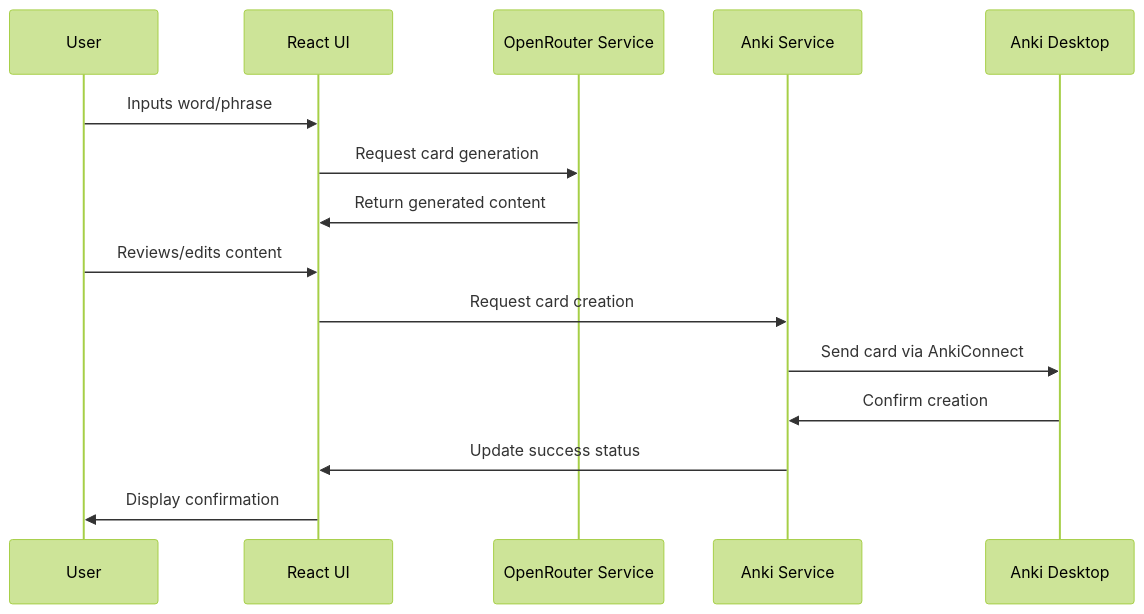
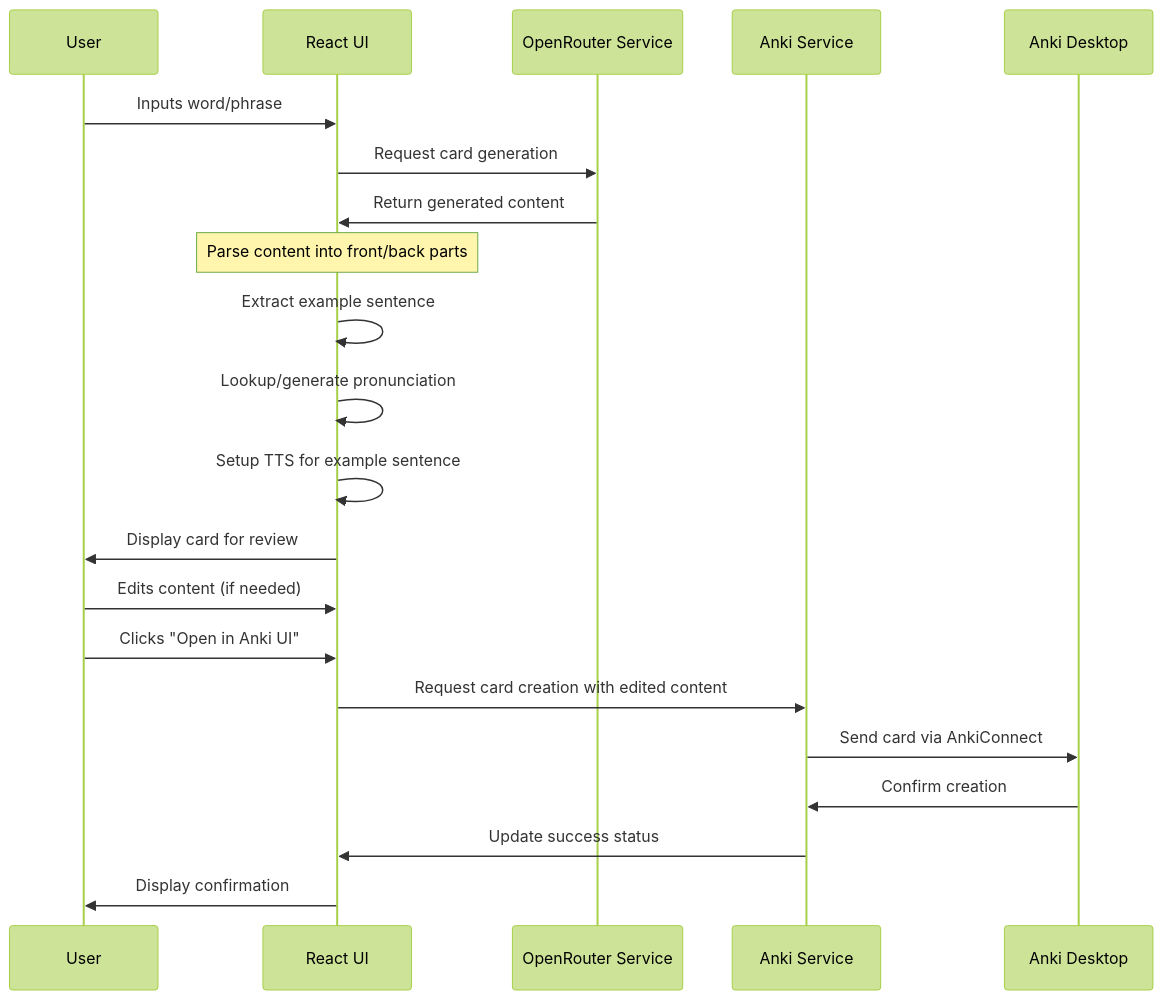
The first of 3 diagrams in memory-bank/systemPatterns.md (SparkCode/anki-card-generator), drawn with Mermaid (forest theme) before and after one commit. The commit also changed other lines of this file and 5 other files, not shown here.

````diff
--- a/memory-bank/systemPatterns.md
+++ b/memory-bank/systemPatterns.md
@@ -48,18 +80,24 @@
 ```mermaid
 sequenceDiagram
     participant User
     participant UI as React UI
     participant ORService as OpenRouter Service
     participant AnkiService as Anki Service
     participant Anki as Anki Desktop
 
     User->>UI: Inputs word/phrase
     UI->>ORService: Request card generation
     ORService->>UI: Return generated content
-    User->>UI: Reviews/edits content
-    UI->>AnkiService: Request card creation
+    note over UI: Parse content into front/back parts
+    UI->>UI: Extract example sentence
+    UI->>UI: Lookup/generate pronunciation
+    UI->>UI: Setup TTS for example sentence
+    UI->>User: Display card for review
+    User->>UI: Edits content (if needed)
+    User->>UI: Clicks "Open in Anki UI"
+    UI->>AnkiService: Request card creation with edited content
     AnkiService->>Anki: Send card via AnkiConnect
     Anki->>AnkiService: Confirm creation
     AnkiService->>UI: Update success status
     UI->>User: Display confirmation
 ```
````
